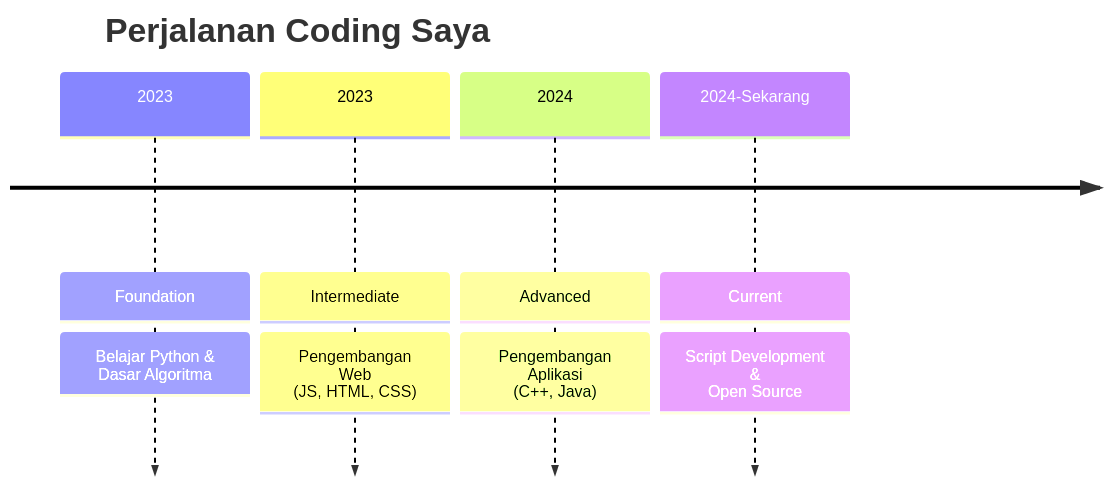
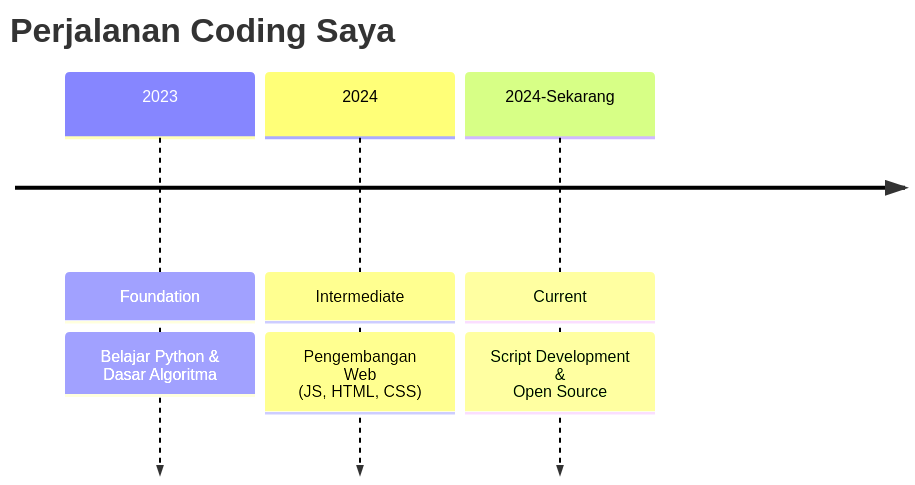
Before and after one commit to Elang-elang/Elang-elang: the diagram in README.md, drawn with Mermaid. The commit also changed other lines of this file, not shown here.

````diff
--- a/README.md
+++ b/README.md
@@ -115,12 +115,10 @@
 ```mermaid
 timeline
     title Perjalanan Coding Saya
     2023 : Foundation
         : Belajar Python &<br>Dasar Algoritma
-    2023 : Intermediate
+    2024 : Intermediate
         : Pengembangan Web<br>(JS, HTML, CSS)
-    2024 : Advanced
-        : Pengembangan Aplikasi<br>(C++, Java)
     2024-Sekarang : Current
         : Script Development &<br>Open Source
 ```
````
